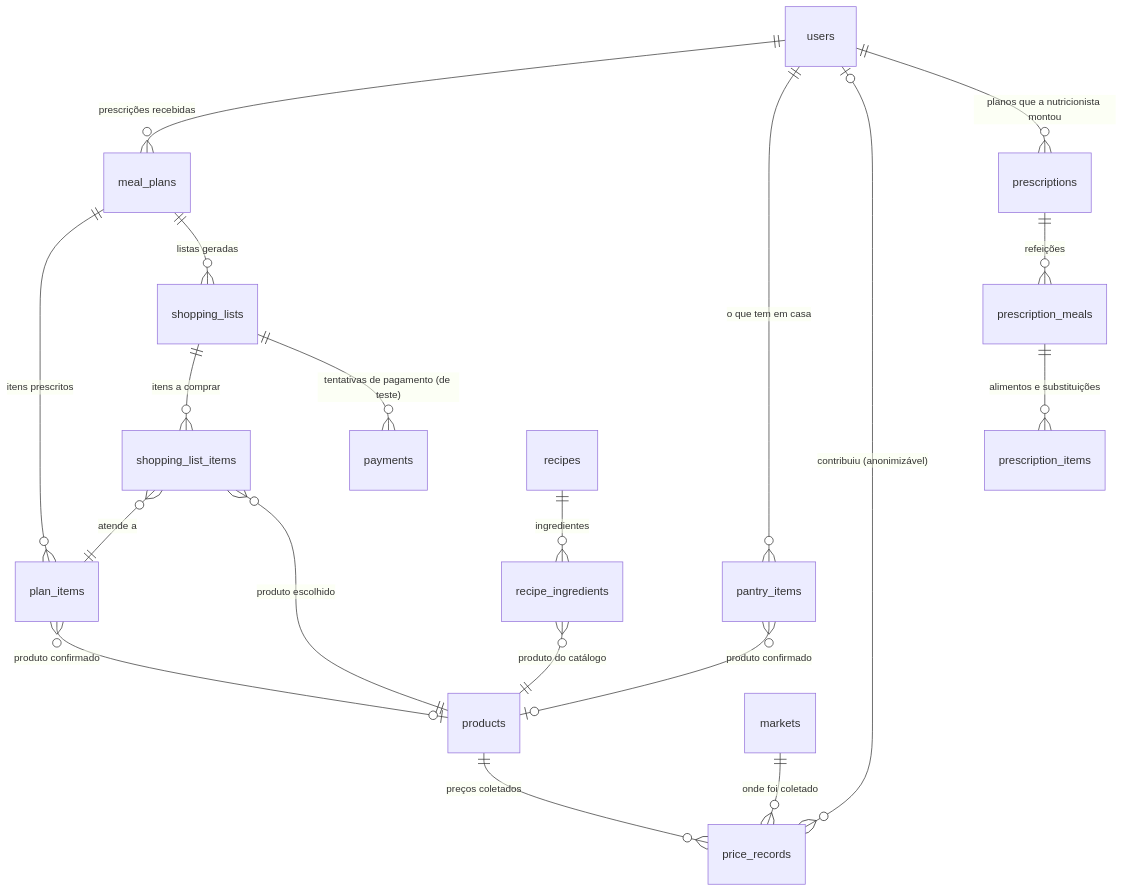
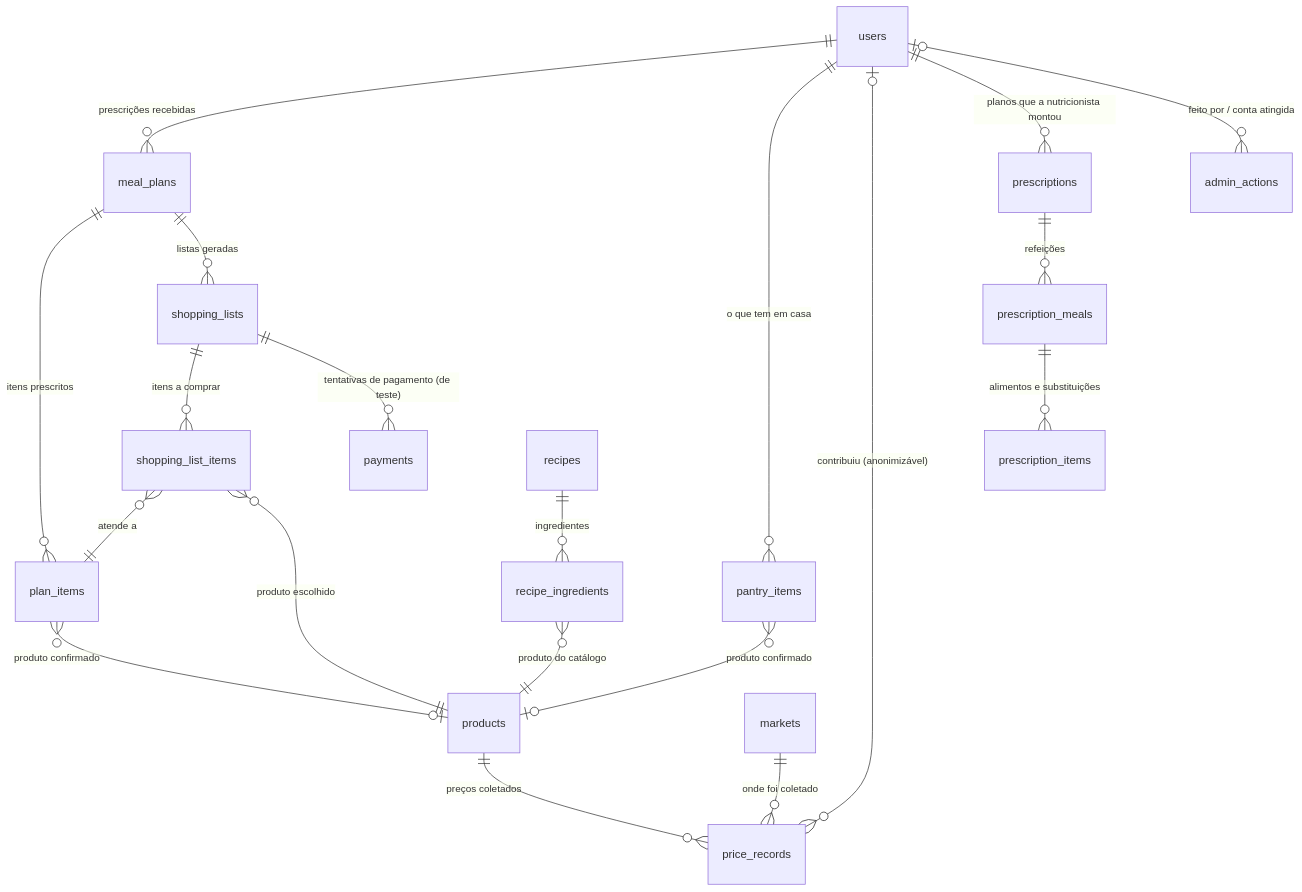
One commit to DaviMaiaF/Decada-store changed the diagram in docs/modelo-dados.md. Above: the diagram before and after it, drawn with Mermaid. The commit also changed other lines of this file and 6 other files, not shown here.

````diff
--- a/docs/modelo-dados.md
+++ b/docs/modelo-dados.md
@@ -13,27 +13,28 @@
 ```mermaid
 erDiagram
     users ||--o{ meal_plans : "prescrições recebidas"
     users ||--o{ pantry_items : "o que tem em casa"
     users |o--o{ price_records : "contribuiu (anonimizável)"
     users ||--o{ prescriptions : "planos que a nutricionista montou"
+    users |o--o{ admin_actions : "feito por / conta atingida"
 
     prescriptions ||--o{ prescription_meals : "refeições"
     prescription_meals ||--o{ prescription_items : "alimentos e substituições"
 
     meal_plans ||--o{ plan_items : "itens prescritos"
     meal_plans ||--o{ shopping_lists : "listas geradas"
 
     plan_items }o--o| products : "produto confirmado"
     pantry_items }o--o| products : "produto confirmado"
 
     shopping_lists ||--o{ shopping_list_items : "itens a comprar"
     shopping_lists ||--o{ payments : "tentativas de pagamento (de teste)"
     shopping_list_items }o--|| plan_items : "atende a"
     shopping_list_items }o--|| products : "produto escolhido"
 
     products ||--o{ price_records : "preços coletados"
     markets ||--o{ price_records : "onde foi coletado"
 
     recipes ||--o{ recipe_ingredients : "ingredientes"
     recipe_ingredients }o--|| products : "produto do catálogo"
 ```
````
